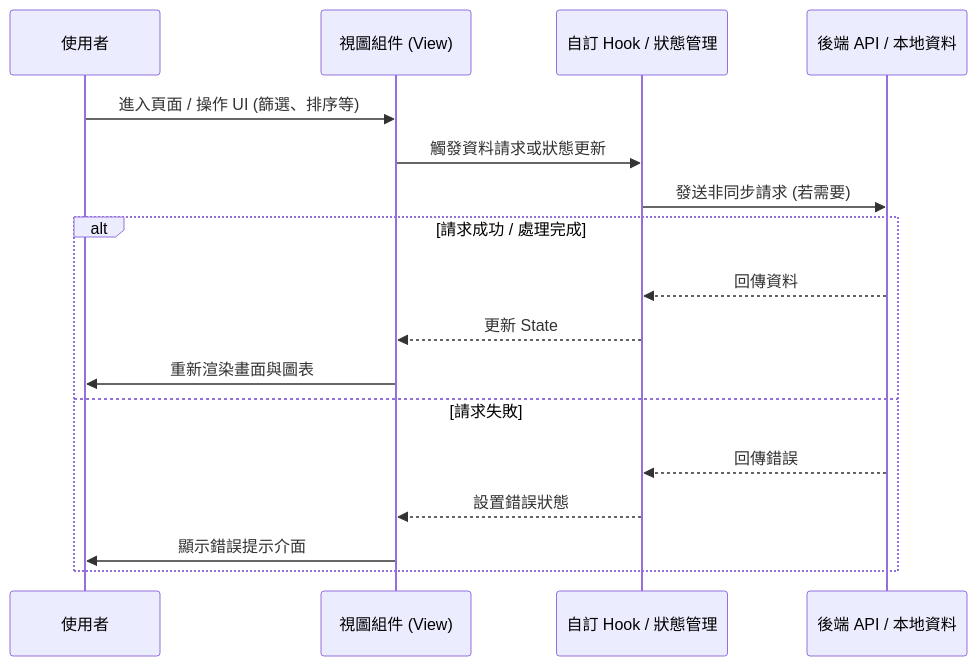
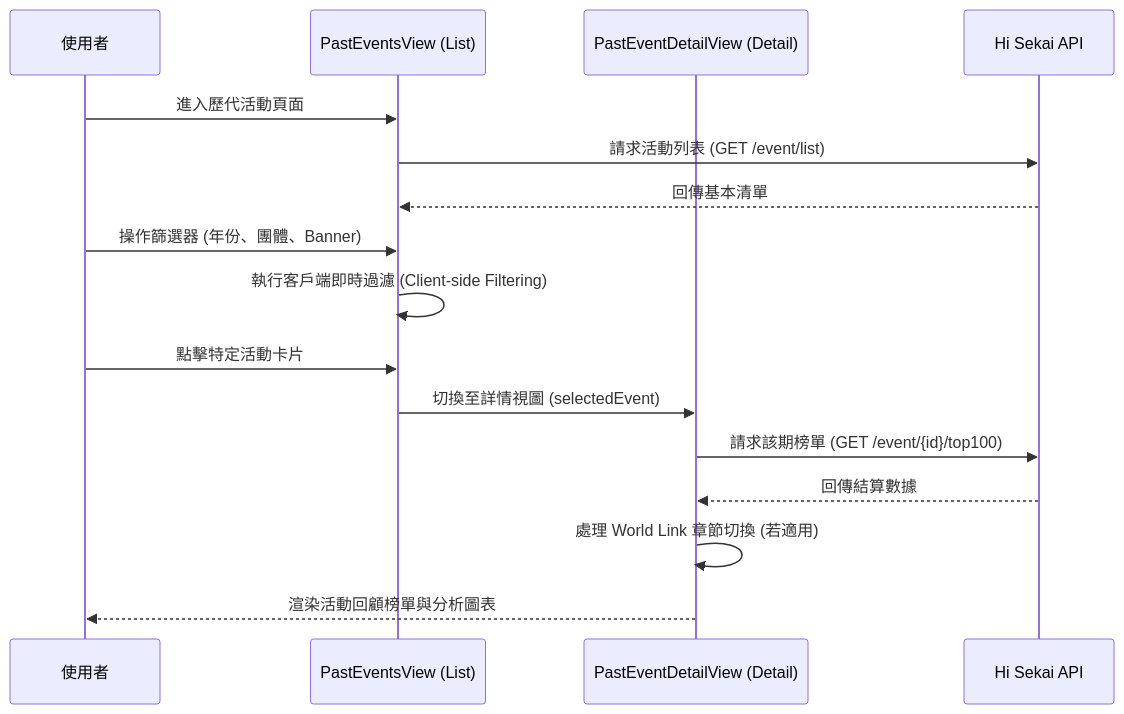
The diagram in docs/PAGE_PAST_EVENTS.md (rockzerox/Project-Sekai-Ranking), drawn with Mermaid before and after one commit. The commit also changed 16 other files, not shown here.

````diff
--- a/docs/PAGE_PAST_EVENTS.md
+++ b/docs/PAGE_PAST_EVENTS.md
@@ -113,20 +113,20 @@
 ```mermaid
 sequenceDiagram
     participant User as 使用者
-    participant View as 視圖組件 (View)
-    participant Hook as 自訂 Hook / 狀態管理
-    participant API as 後端 API / 本地資料
+    participant View as PastEventsView (List)
+    participant Detail as PastEventDetailView (Detail)
+    participant API as Hi Sekai API
 
-    User->>View: 進入頁面 / 操作 UI (篩選、排序等)
-    View->>Hook: 觸發資料請求或狀態更新
-    Hook->>API: 發送非同步請求 (若需要)
-    alt 請求成功 / 處理完成
-        API-->>Hook: 回傳資料
-        Hook-->>View: 更新 State
-        View->>User: 重新渲染畫面與圖表
-    else 請求失敗
-        API-->>Hook: 回傳錯誤
-        Hook-->>View: 設置錯誤狀態
-        View->>User: 顯示錯誤提示介面
-    end
+    User->>View: 進入歷代活動頁面
+    View->>API: 請求活動列表 (GET /event/list)
+    API-->>View: 回傳基本清單
+    User->>View: 操作篩選器 (年份、團體、Banner)
+    View->>View: 執行客戶端即時過濾 (Client-side Filtering)
+    
+    User->>View: 點擊特定活動卡片
+    View->>Detail: 切換至詳情視圖 (selectedEvent)
+    Detail->>API: 請求該期榜單 (GET /event/{id}/top100)
+    API-->>Detail: 回傳結算數據
+    Detail->>Detail: 處理 World Link 章節切換 (若適用)
+    Detail-->>User: 渲染活動回顧榜單與分析圖表
 ```
````
